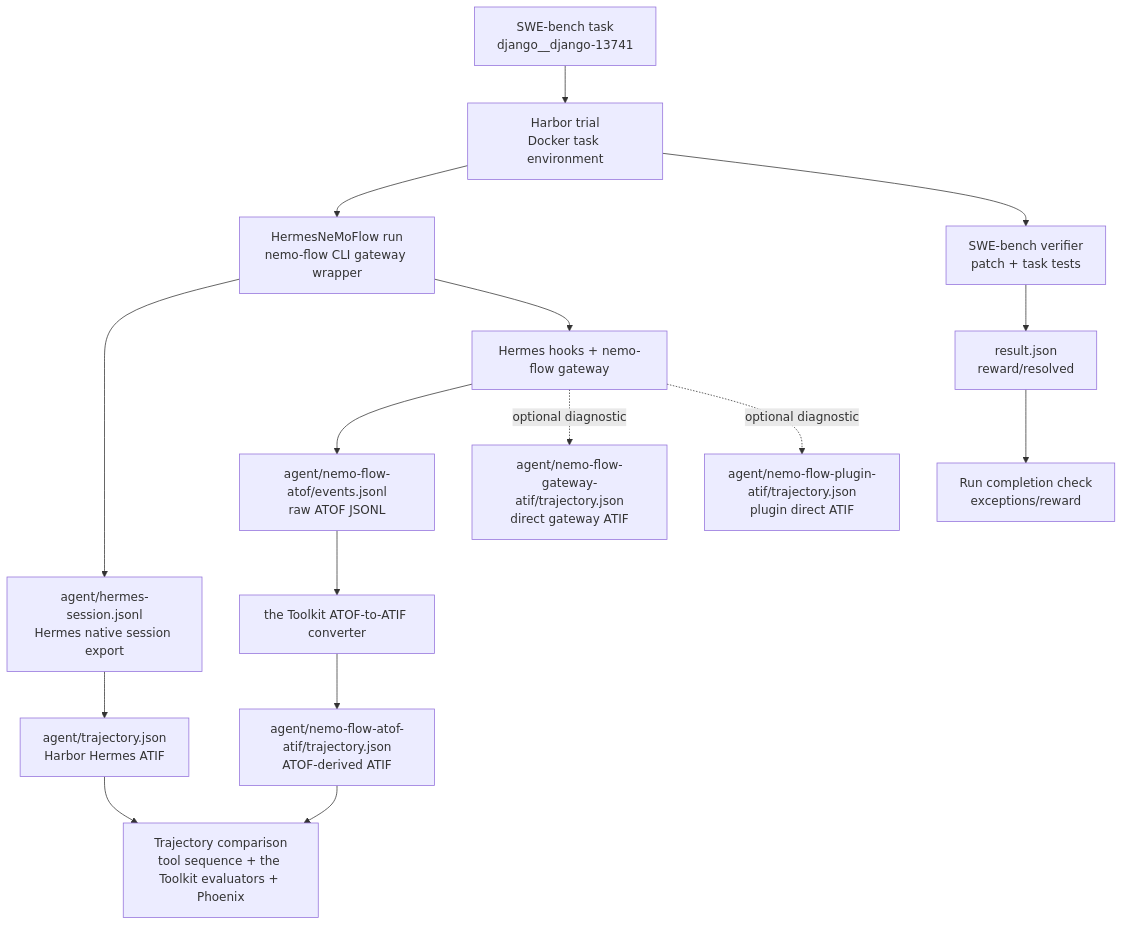
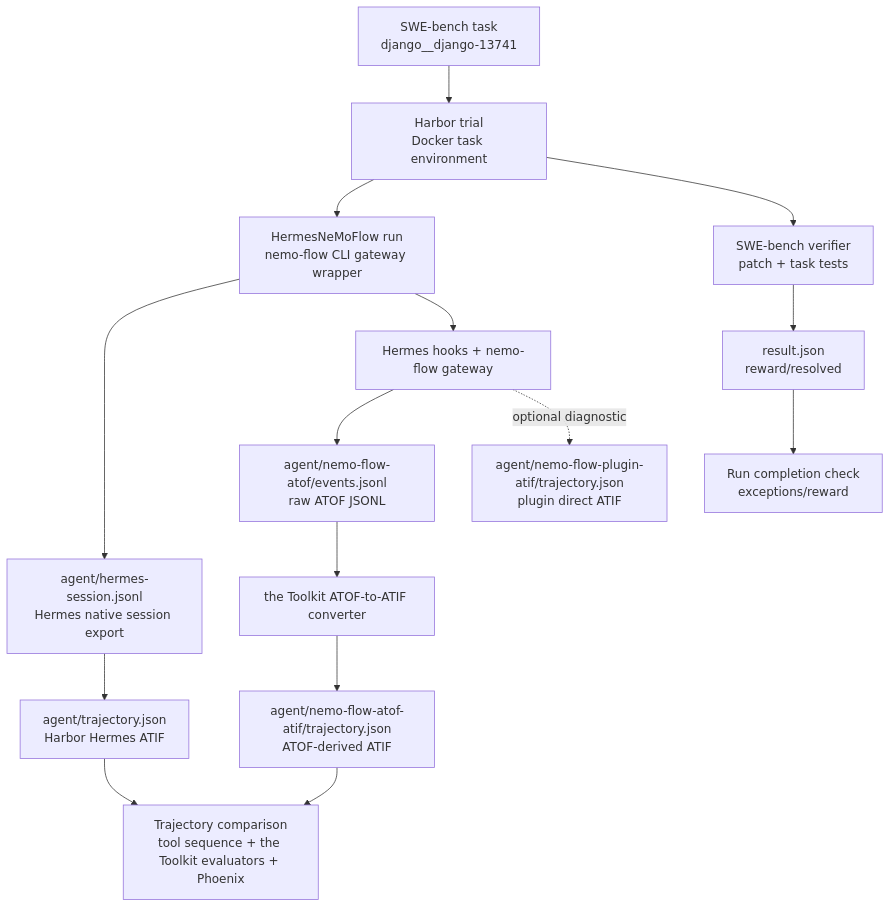
The diagram in packages/nvidia_nat_harbor/hermes-nemoflow-smoke.md (NVIDIA/NeMo-Agent-Toolkit), drawn with Mermaid before and after one commit. The commit also changed other lines of this file and 4 other files, not shown here.

Commit message:
update hermes smoke test to use plugin.toml and update atof->atif converter per NeMo Flow v0.2

````diff
--- a/packages/nvidia_nat_harbor/hermes-nemoflow-smoke.md
+++ b/packages/nvidia_nat_harbor/hermes-nemoflow-smoke.md
@@ -39,22 +39,21 @@
 ```mermaid
 flowchart TD
   task[SWE-bench task<br/>django__django-13741] --> harbor[Harbor trial<br/>Docker task environment]
 
   harbor --> run[HermesNeMoFlow run<br/>nemo-flow CLI gateway wrapper]
   run --> nativeSession[agent/hermes-session.jsonl<br/>Hermes native session export]
   nativeSession --> nativeAtif[agent/trajectory.json<br/>Harbor Hermes ATIF]
 
   run --> gatewayHooks[Hermes hooks + nemo-flow gateway]
   gatewayHooks --> atof[agent/nemo-flow-atof/events.jsonl<br/>raw ATOF JSONL]
   atof --> converter[the Toolkit ATOF-to-ATIF converter]
   converter --> nfAtif[agent/nemo-flow-atof-atif/trajectory.json<br/>ATOF-derived ATIF]
-  gatewayHooks -. optional diagnostic .-> gatewayAtif[agent/nemo-flow-gateway-atif/trajectory.json<br/>direct gateway ATIF]
   gatewayHooks -. optional diagnostic .-> pluginAtif[agent/nemo-flow-plugin-atif/trajectory.json<br/>plugin direct ATIF]
 
   harbor --> swe[SWE-bench verifier<br/>patch + task tests]
   swe --> result[result.json<br/>reward/resolved]
 
   nativeAtif --> compare[Trajectory comparison<br/>tool sequence + the Toolkit evaluators + Phoenix]
   nfAtif --> compare
   result --> outcome[Run completion check<br/>exceptions/reward]
 ```
````
